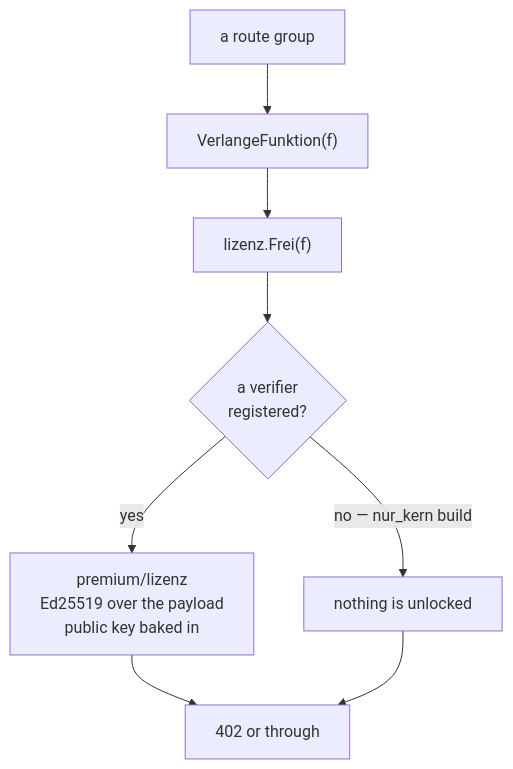
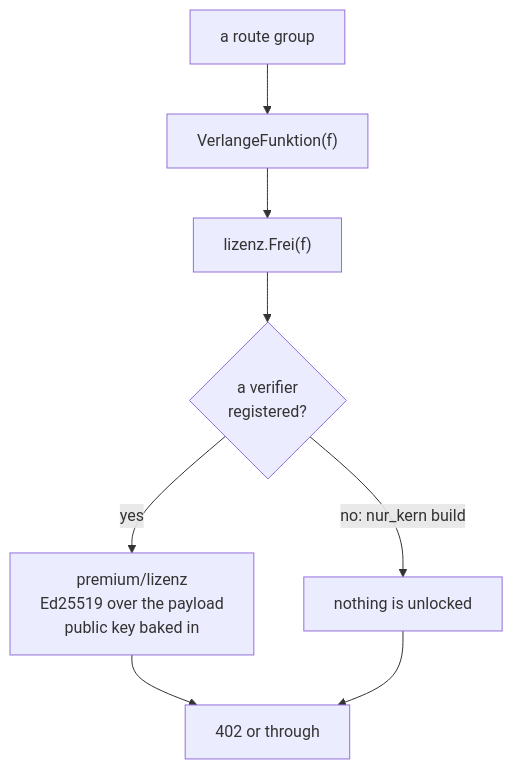
Before and after one commit to Dschonas04/Nexora: diagram 15 of 16 in docs/architecture.md, drawn with Mermaid. The commit also changed other lines of this file and 64 other files, not shown here.

````diff
--- a/docs/architecture.md
+++ b/docs/architecture.md
@@ -845,10 +845,10 @@
 ```mermaid
 graph TB
     route["a route group"] --> gate["VerlangeFunktion(f)"]
     gate --> frei["lizenz.Frei(f)"]
     frei --> pr{"a verifier<br/>registered?"}
     pr -->|"yes"| ed["premium/lizenz<br/>Ed25519 over the payload<br/>public key baked in"]
-    pr -->|"no — nur_kern build"| no["nothing is unlocked"]
+    pr -->|"no: nur_kern build"| no["nothing is unlocked"]
     ed --> ok["402 or through"]
     no --> ok
 ```
````
